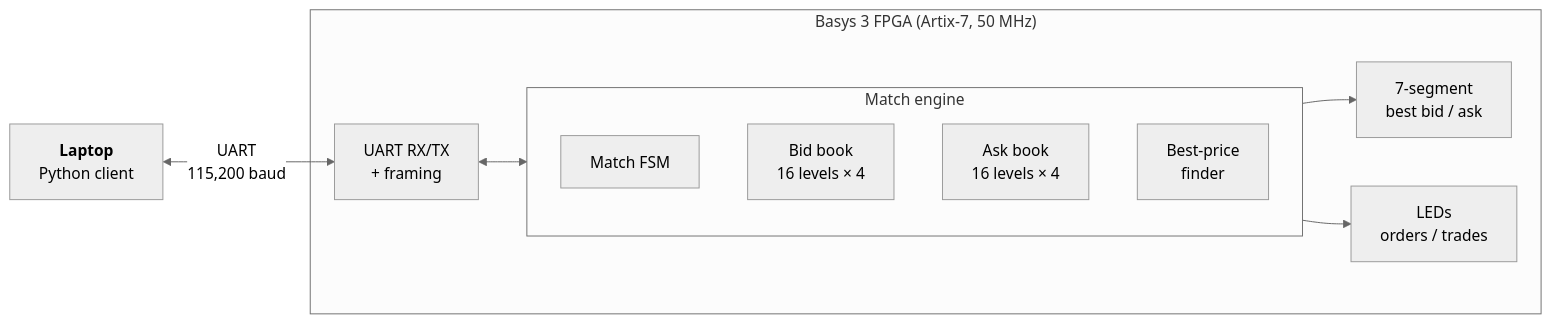
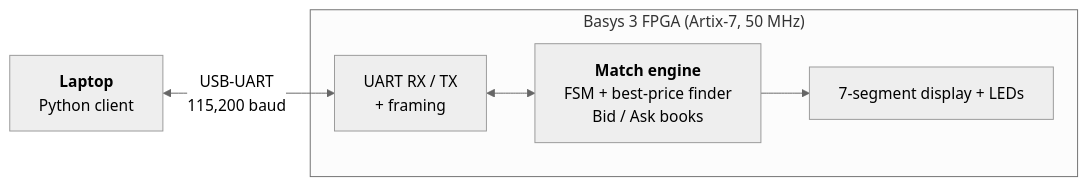
One commit to godwillattisso/order-matcher changed the second of 4 diagrams in README.md. Above: the diagram before and after it, drawn with Mermaid (neutral theme). The commit also changed other lines of this file and 10 other files, not shown here.

````diff
--- a/README.md
+++ b/README.md
@@ -60,15 +65,8 @@
 ```mermaid
 flowchart LR
-    PC["<b>Laptop</b><br/>Python client"] <-- "UART<br/>115,200 baud" --> RX
+    PC["<b>Laptop</b><br/>Python client"] <-- "USB-UART<br/>115,200 baud" --> UART
     subgraph FPGA["Basys 3 FPGA (Artix-7, 50 MHz)"]
-        RX["UART RX/TX<br/>+ framing"] <--> ME
-        subgraph ME["Match engine"]
-            FSM["Match FSM"]
-            BB["Bid book<br/>16 levels × 4"]
-            AB["Ask book<br/>16 levels × 4"]
-            BP["Best-price<br/>finder"]
-        end
-        ME --> SEG["7-segment<br/>best bid / ask"]
-        ME --> LED["LEDs<br/>orders / trades"]
+        UART["UART RX / TX<br/>+ framing"] <--> ME["<b>Match engine</b><br/>FSM + best-price finder<br/>Bid / Ask books"]
+        ME --> OUT["7-segment display + LEDs"]
     end
 ```
````
